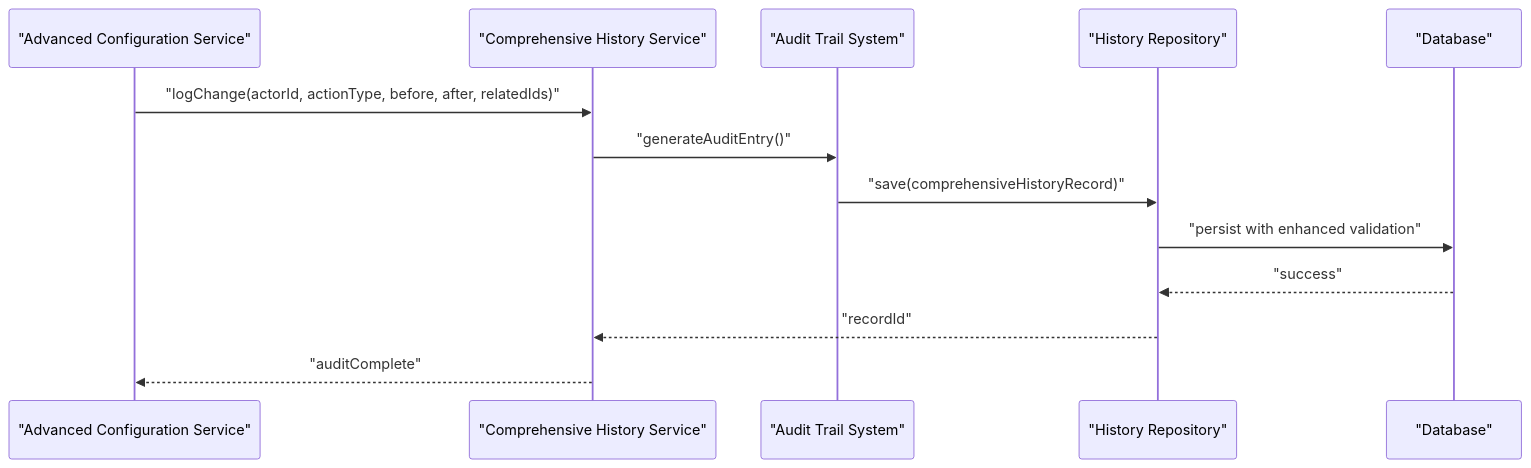
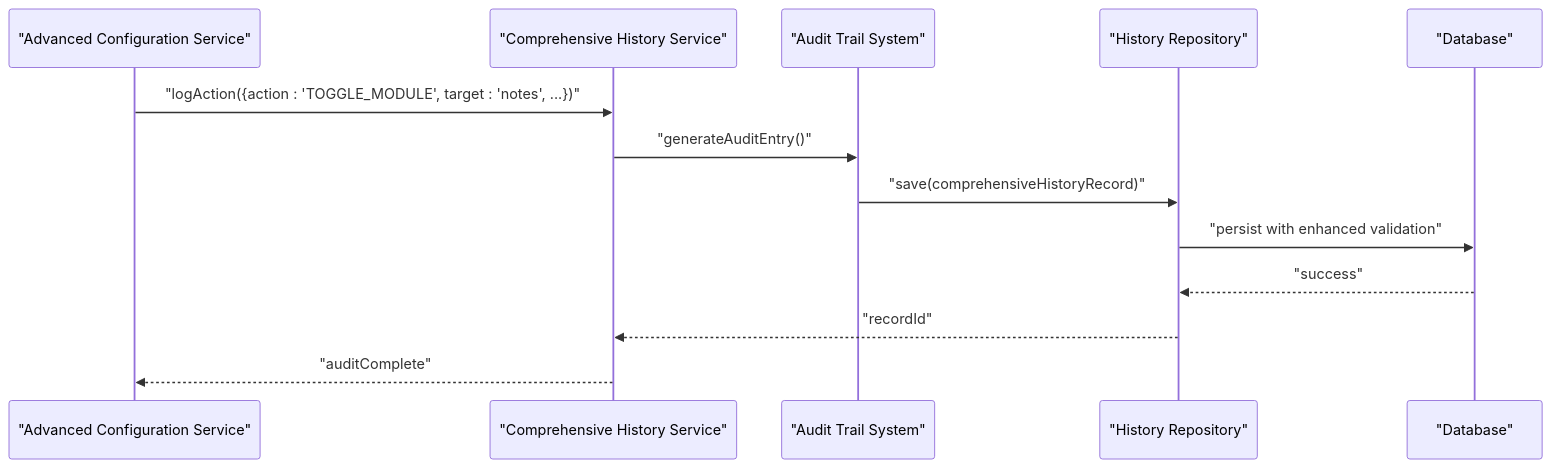
The tenth of 11 diagrams in .qoder/repowiki/en/content/Modules & Features/Administrative Modules/Institutional Configuration.md (franckylab/eLISAschool), drawn with Mermaid before and after one commit. The commit also changed other lines of this file and 236 other files, not shown here.

````diff
--- a/.qoder/repowiki/en/content/Modules & Features/Administrative Modules/Institutional Configuration.md
+++ b/.qoder/repowiki/en/content/Modules & Features/Administrative Modules/Institutional Configuration.md
@@ -424,15 +530,15 @@
 ```mermaid
 sequenceDiagram
 participant Service as "Advanced Configuration Service"
 participant History as "Comprehensive History Service"
 participant Audit as "Audit Trail System"
 participant Repo as "History Repository"
 participant DB as "Database"
-Service->>History : "logChange(actorId, actionType, before, after, relatedIds)"
+Service->>History : "logAction({action : 'TOGGLE_MODULE', target : 'notes', ...})"
 History->>Audit : "generateAuditEntry()"
 Audit->>Repo : "save(comprehensiveHistoryRecord)"
 Repo->>DB : "persist with enhanced validation"
 DB-->>Repo : "success"
 Repo-->>History : "recordId"
 History-->>Service : "auditComplete"
 ```
````
